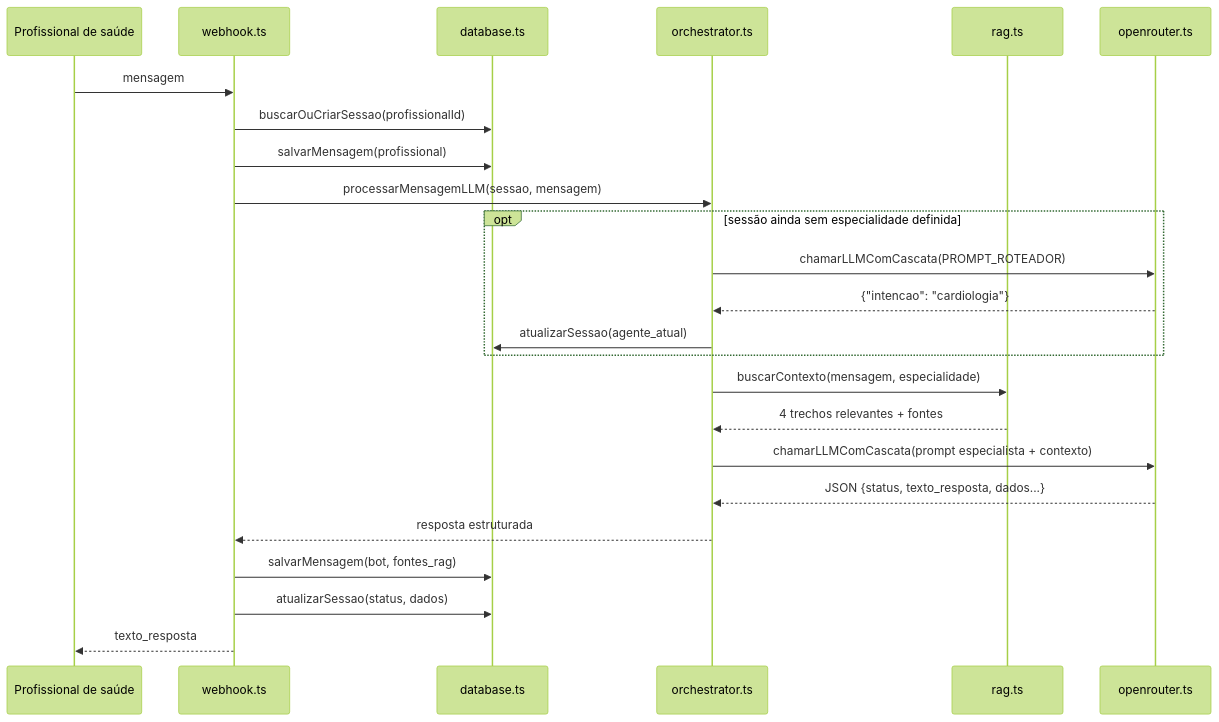
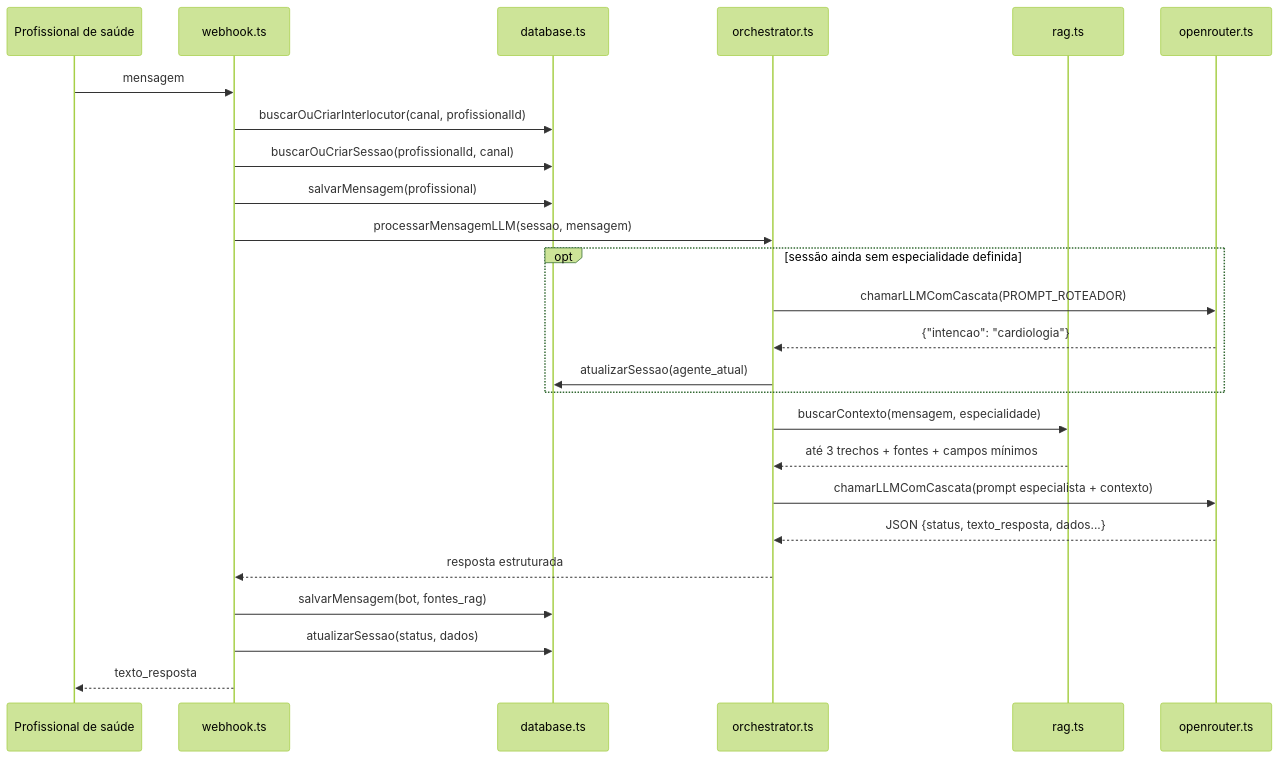
One commit to Nanashii76/PETSAUDE-chatbot changed the second of 2 diagrams in docs-site/docs/arquitetura.md. Above: the diagram before and after it, drawn with Mermaid (forest theme). The commit also changed other lines of this file and 8 other files, not shown here.

````diff
--- a/docs-site/docs/arquitetura.md
+++ b/docs-site/docs/arquitetura.md
@@ -108,31 +114,32 @@
 ```mermaid
 sequenceDiagram
   participant Prof as Profissional de saúde
   participant WH as webhook.ts
   participant DB as database.ts
   participant OR as orchestrator.ts
   participant RAG as rag.ts
   participant LLM as openrouter.ts
 
   Prof->>WH: mensagem
-  WH->>DB: buscarOuCriarSessao(profissionalId)
+  WH->>DB: buscarOuCriarInterlocutor(canal, profissionalId)
+  WH->>DB: buscarOuCriarSessao(profissionalId, canal)
   WH->>DB: salvarMensagem(profissional)
   WH->>OR: processarMensagemLLM(sessao, mensagem)
 
   opt sessão ainda sem especialidade definida
     OR->>LLM: chamarLLMComCascata(PROMPT_ROTEADOR)
     LLM-->>OR: {"intencao": "cardiologia"}
     OR->>DB: atualizarSessao(agente_atual)
   end
 
   OR->>RAG: buscarContexto(mensagem, especialidade)
-  RAG-->>OR: 4 trechos relevantes + fontes
+  RAG-->>OR: até 3 trechos + fontes + campos mínimos
 
   OR->>LLM: chamarLLMComCascata(prompt especialista + contexto)
   LLM-->>OR: JSON {status, texto_resposta, dados...}
 
   OR-->>WH: resposta estruturada
   WH->>DB: salvarMensagem(bot, fontes_rag)
   WH->>DB: atualizarSessao(status, dados)
   WH-->>Prof: texto_resposta
 ```
````
